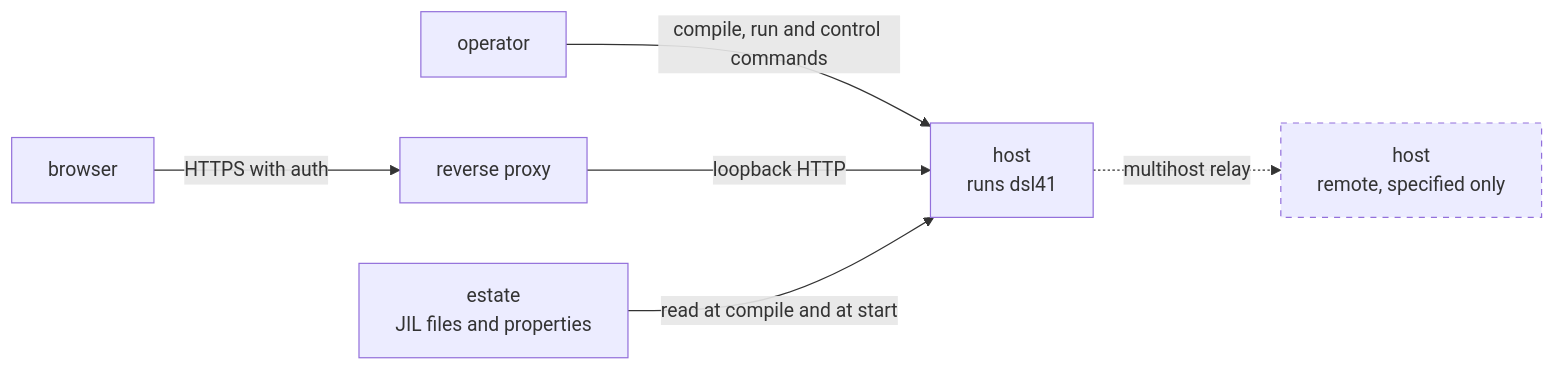
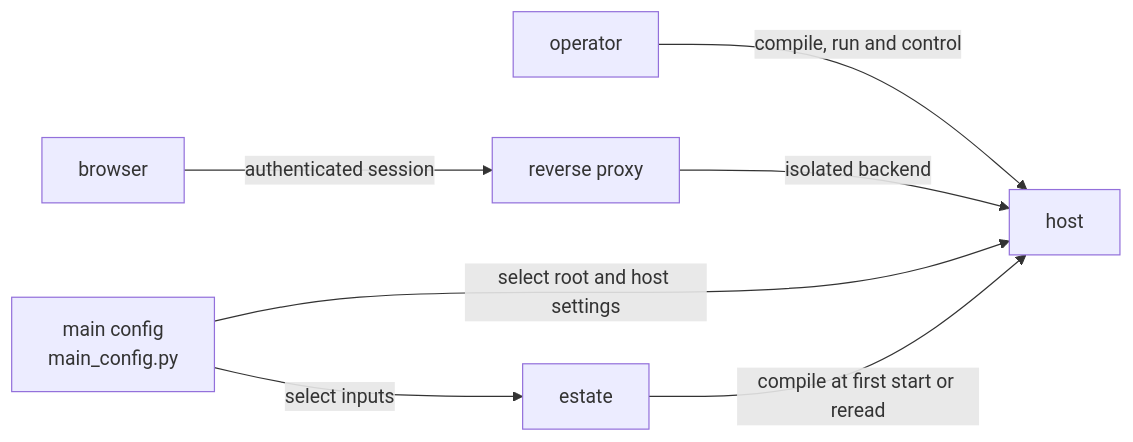
One commit to mrbald/dsl41 changed the first of 4 diagrams in docs/architecture.md. Above: the diagram before and after it, drawn with Mermaid. The commit also changed other lines of this file and 4 other files, not shown here.

````diff
--- a/docs/architecture.md
+++ b/docs/architecture.md
@@ -48,16 +44,15 @@
 ```mermaid
 flowchart LR
   op["operator"]
   br["browser"]
   px["reverse proxy"]
-  est["estate<br/>JIL files and properties"]
-  sys["host<br/>runs dsl41"]
-  remote["host<br/>remote, specified only"]
-  op -->|"compile, run and control commands"| sys
-  br -->|"HTTPS with auth"| px
-  px -->|"loopback HTTP"| sys
-  est -->|"read at compile and at start"| sys
-  sys -.->|"multihost relay"| remote
-  classDef specified stroke-dasharray: 5 5
-  class remote specified
+  est["estate"]
+  cfg["main config<br/>main_config.py"]
+  sys["host"]
+  op -->|"compile, run and control"| sys
+  br -->|"authenticated session"| px
+  px -->|"isolated backend"| sys
+  cfg -->|"select root and host settings"| sys
+  cfg -->|"select inputs"| est
+  est -->|"compile at first start or reread"| sys
 ```
````
